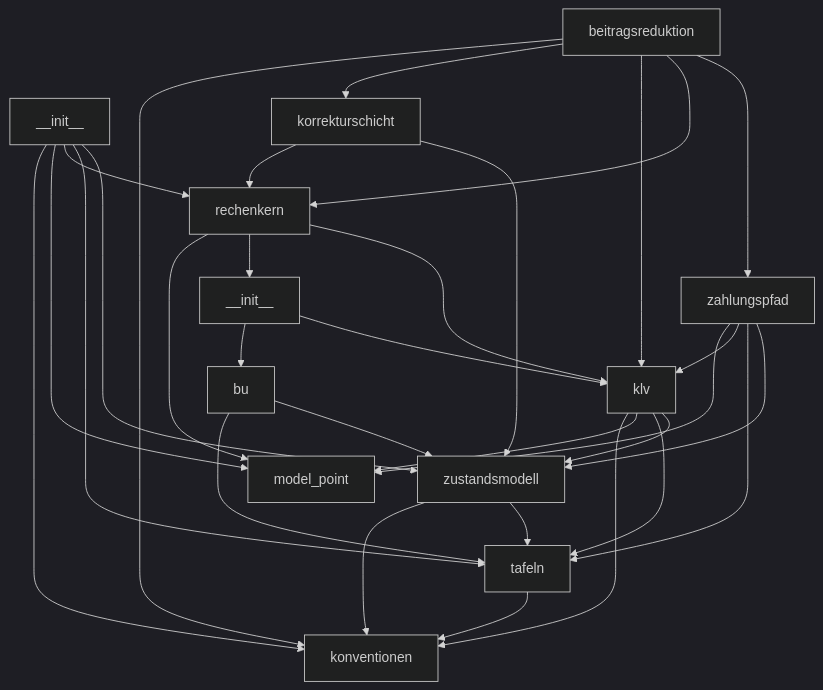
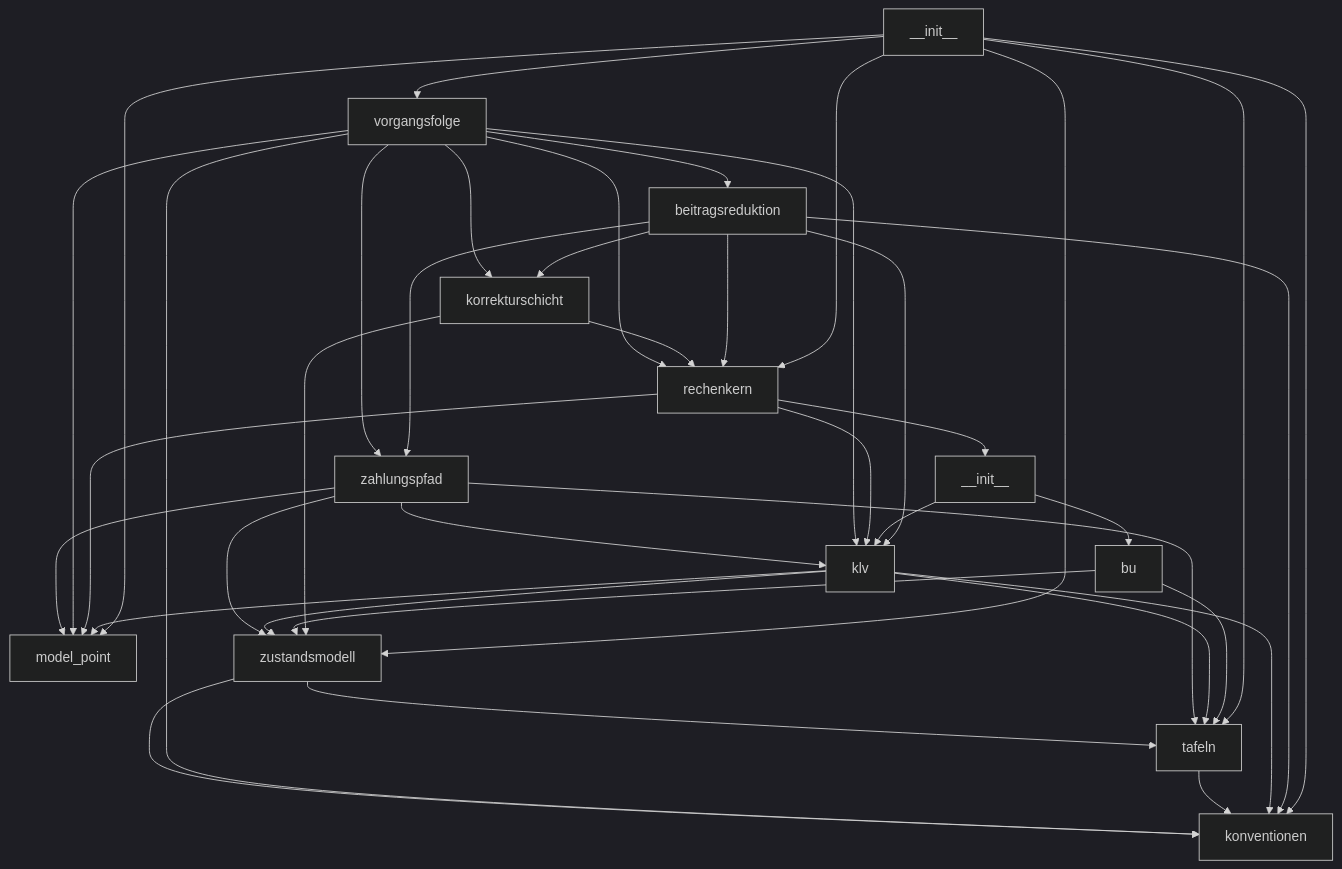
The third of 3 diagrams in docs/architektur/landkarte.md (bartlmac/rechner-pipeline), drawn with Mermaid (dark theme) before and after one commit. The commit also changed other lines of this file and 60 other files, not shown here.

````diff
--- a/docs/architektur/landkarte.md
+++ b/docs/architektur/landkarte.md
@@ -108,46 +108,55 @@
 ```mermaid
 %% kern — erzeugt von ontologie.landkarte
 flowchart TD
     rechner_pipeline_kern___init___py["__init__"]
     rechner_pipeline_kern_beitragsreduktion_py["beitragsreduktion"]
     rechner_pipeline_kern_konventionen_py["konventionen"]
     rechner_pipeline_kern_korrekturschicht_py["korrekturschicht"]
     rechner_pipeline_kern_model_point_py["model_point"]
     rechner_pipeline_kern_produkte___init___py["__init__"]
     rechner_pipeline_kern_produkte_bu_py["bu"]
     rechner_pipeline_kern_produkte_klv_py["klv"]
     rechner_pipeline_kern_rechenkern_py["rechenkern"]
     rechner_pipeline_kern_tafeln_py["tafeln"]
+    rechner_pipeline_kern_vorgangsfolge_py["vorgangsfolge"]
     rechner_pipeline_kern_zahlungspfad_py["zahlungspfad"]
     rechner_pipeline_kern_zustandsmodell_py["zustandsmodell"]
     rechner_pipeline_kern___init___py --> rechner_pipeline_kern_konventionen_py
     rechner_pipeline_kern___init___py --> rechner_pipeline_kern_model_point_py
     rechner_pipeline_kern___init___py --> rechner_pipeline_kern_rechenkern_py
     rechner_pipeline_kern___init___py --> rechner_pipeline_kern_tafeln_py
+    rechner_pipeline_kern___init___py --> rechner_pipeline_kern_vorgangsfolge_py
     rechner_pipeline_kern___init___py --> rechner_pipeline_kern_zustandsmodell_py
     rechner_pipeline_kern_beitragsreduktion_py --> rechner_pipeline_kern_konventionen_py
     rechner_pipeline_kern_beitragsreduktion_py --> rechner_pipeline_kern_korrekturschicht_py
     rechner_pipeline_kern_beitragsreduktion_py --> rechner_pipeline_kern_produkte_klv_py
     rechner_pipeline_kern_beitragsreduktion_py --> rechner_pipeline_kern_rechenkern_py
     rechner_pipeline_kern_beitragsreduktion_py --> rechner_pipeline_kern_zahlungspfad_py
     rechner_pipeline_kern_korrekturschicht_py --> rechner_pipeline_kern_rechenkern_py
     rechner_pipeline_kern_korrekturschicht_py --> rechner_pipeline_kern_zustandsmodell_py
     rechner_pipeline_kern_produkte___init___py --> rechner_pipeline_kern_produkte_bu_py
     rechner_pipeline_kern_produkte___init___py --> rechner_pipeline_kern_produkte_klv_py
     rechner_pipeline_kern_produkte_bu_py --> rechner_pipeline_kern_tafeln_py
     rechner_pipeline_kern_produkte_bu_py --> rechner_pipeline_kern_zustandsmodell_py
     rechner_pipeline_kern_produkte_klv_py --> rechner_pipeline_kern_konventionen_py
     rechner_pipeline_kern_produkte_klv_py --> rechner_pipeline_kern_model_point_py
     rechner_pipeline_kern_produkte_klv_py --> rechner_pipeline_kern_tafeln_py
     rechner_pipeline_kern_produkte_klv_py --> rechner_pipeline_kern_zustandsmodell_py
     rechner_pipeline_kern_rechenkern_py --> rechner_pipeline_kern_model_point_py
     rechner_pipeline_kern_rechenkern_py --> rechner_pipeline_kern_produkte___init___py
     rechner_pipeline_kern_rechenkern_py --> rechner_pipeline_kern_produkte_klv_py
     rechner_pipeline_kern_tafeln_py --> rechner_pipeline_kern_konventionen_py
+    rechner_pipeline_kern_vorgangsfolge_py --> rechner_pipeline_kern_beitragsreduktion_py
+    rechner_pipeline_kern_vorgangsfolge_py --> rechner_pipeline_kern_konventionen_py
+    rechner_pipeline_kern_vorgangsfolge_py --> rechner_pipeline_kern_korrekturschicht_py
+    rechner_pipeline_kern_vorgangsfolge_py --> rechner_pipeline_kern_model_point_py
+    rechner_pipeline_kern_vorgangsfolge_py --> rechner_pipeline_kern_produkte_klv_py
+    rechner_pipeline_kern_vorgangsfolge_py --> rechner_pipeline_kern_rechenkern_py
+    rechner_pipeline_kern_vorgangsfolge_py --> rechner_pipeline_kern_zahlungspfad_py
     rechner_pipeline_kern_zahlungspfad_py --> rechner_pipeline_kern_model_point_py
     rechner_pipeline_kern_zahlungspfad_py --> rechner_pipeline_kern_produkte_klv_py
     rechner_pipeline_kern_zahlungspfad_py --> rechner_pipeline_kern_tafeln_py
     rechner_pipeline_kern_zahlungspfad_py --> rechner_pipeline_kern_zustandsmodell_py
     rechner_pipeline_kern_zustandsmodell_py --> rechner_pipeline_kern_konventionen_py
     rechner_pipeline_kern_zustandsmodell_py --> rechner_pipeline_kern_tafeln_py
 ```
````
